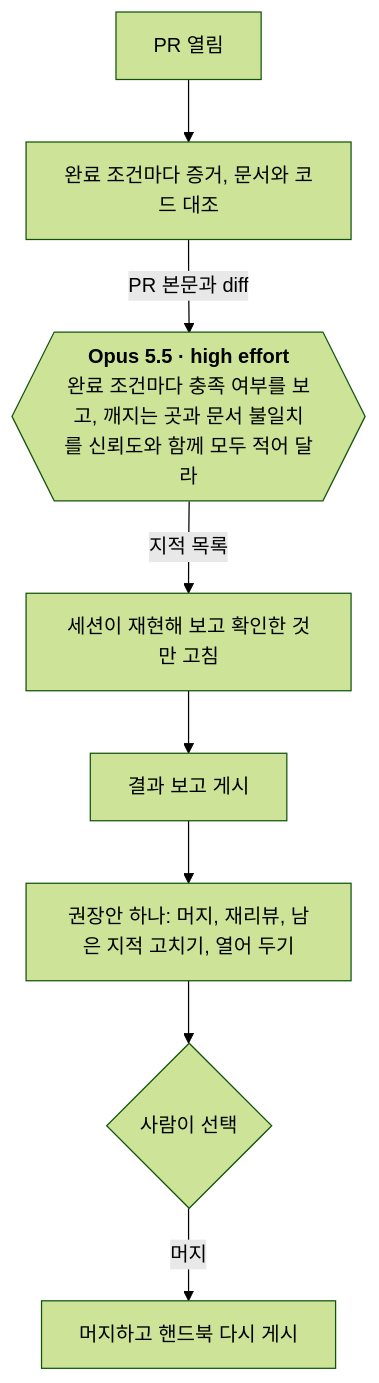
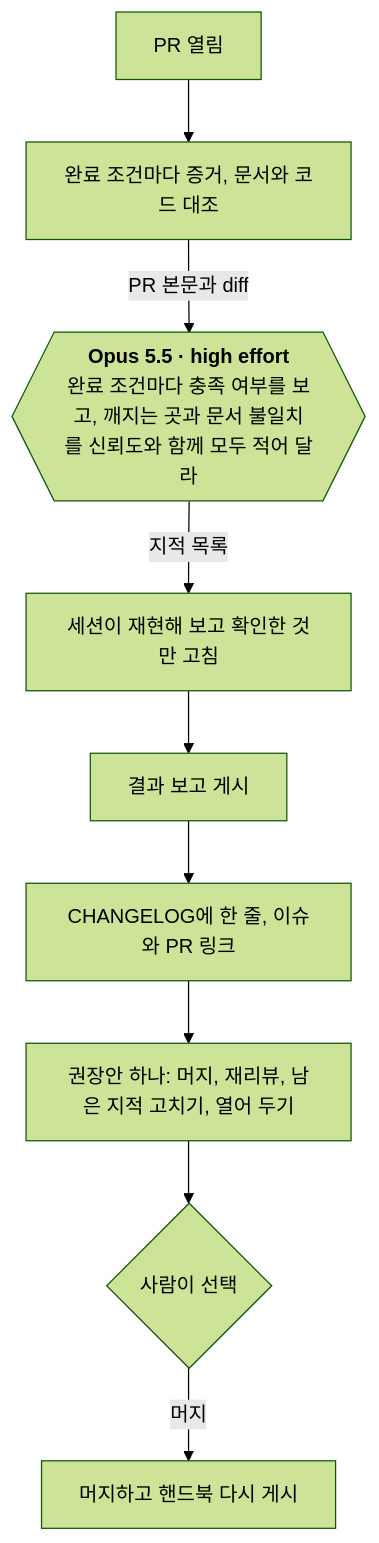
The seventh of 9 diagrams in docs/system/flows.md (dincal/agent_logbook), drawn with Mermaid (forest theme) before and after one commit. The commit also changed other lines of this file and 22 other files, not shown here.

````diff
--- a/docs/system/flows.md
+++ b/docs/system/flows.md
@@ -184,11 +186,12 @@
 ```mermaid
 flowchart TD
   PR["PR 열림"] --> EV["완료 조건마다 증거, 문서와 코드 대조"]
   EV -->|"PR 본문과 diff"| RV{{"`**Opus 5.5 · high effort**
   완료 조건마다 충족 여부를 보고, 깨지는 곳과 문서 불일치를 신뢰도와 함께 모두 적어 달라`"}}
   RV -->|"지적 목록"| VF["세션이 재현해 보고 확인한 것만 고침"]
   VF --> DB["결과 보고 게시"]
-  DB --> RC["권장안 하나: 머지, 재리뷰, 남은 지적 고치기, 열어 두기"]
+  DB --> CL["CHANGELOG에 한 줄, 이슈와 PR 링크"]
+  CL --> RC["권장안 하나: 머지, 재리뷰, 남은 지적 고치기, 열어 두기"]
   RC --> Q{"사람이 선택"}
   Q -->|"머지"| HB["머지하고 핸드북 다시 게시"]
 ```
````
